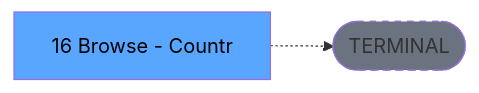
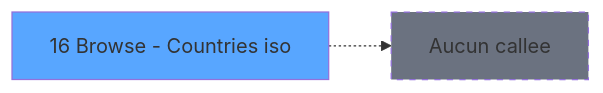
One commit to thonyAGP/magic-migration changed the fourth of 4 diagrams in .openspec/specs/ADH-IDE-16.md. Above: the diagram before and after it, drawn with Mermaid. The commit also changed other lines of this file and 253 other files, not shown here.

````diff
--- a/.openspec/specs/ADH-IDE-16.md
+++ b/.openspec/specs/ADH-IDE-16.md
@@ -134,8 +872,8 @@
 ```mermaid
 graph LR
-    T[16 Browse - Countr]
-    TERM([TERMINAL])
-    T -.-> TERM
-    style TERM fill:#6b7280,stroke-dasharray: 5 5
-    style T fill:#58a6ff,color:#000
+    T16[16 Browse - Countries iso]
+    style T16 fill:#58a6ff
+    NONE[Aucun callee]
+    T16 -.-> NONE
+    style NONE fill:#6b7280,stroke-dasharray: 5 5
 ```
````
